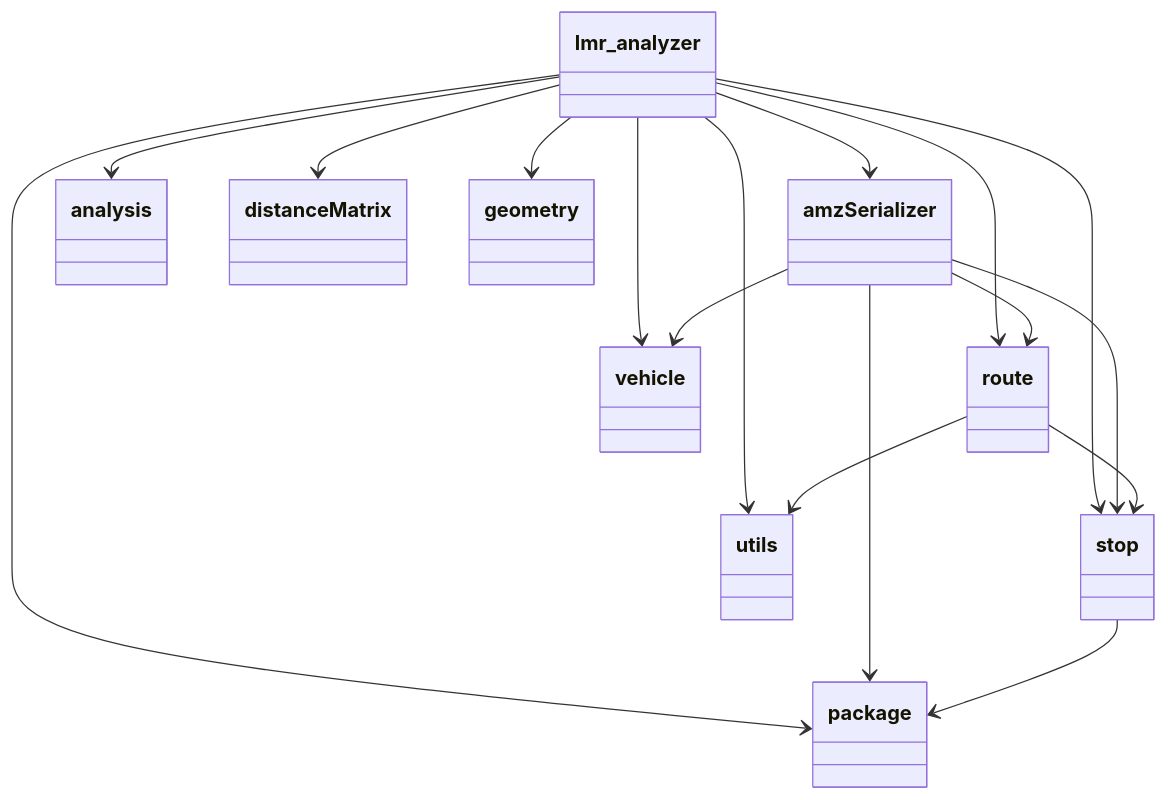
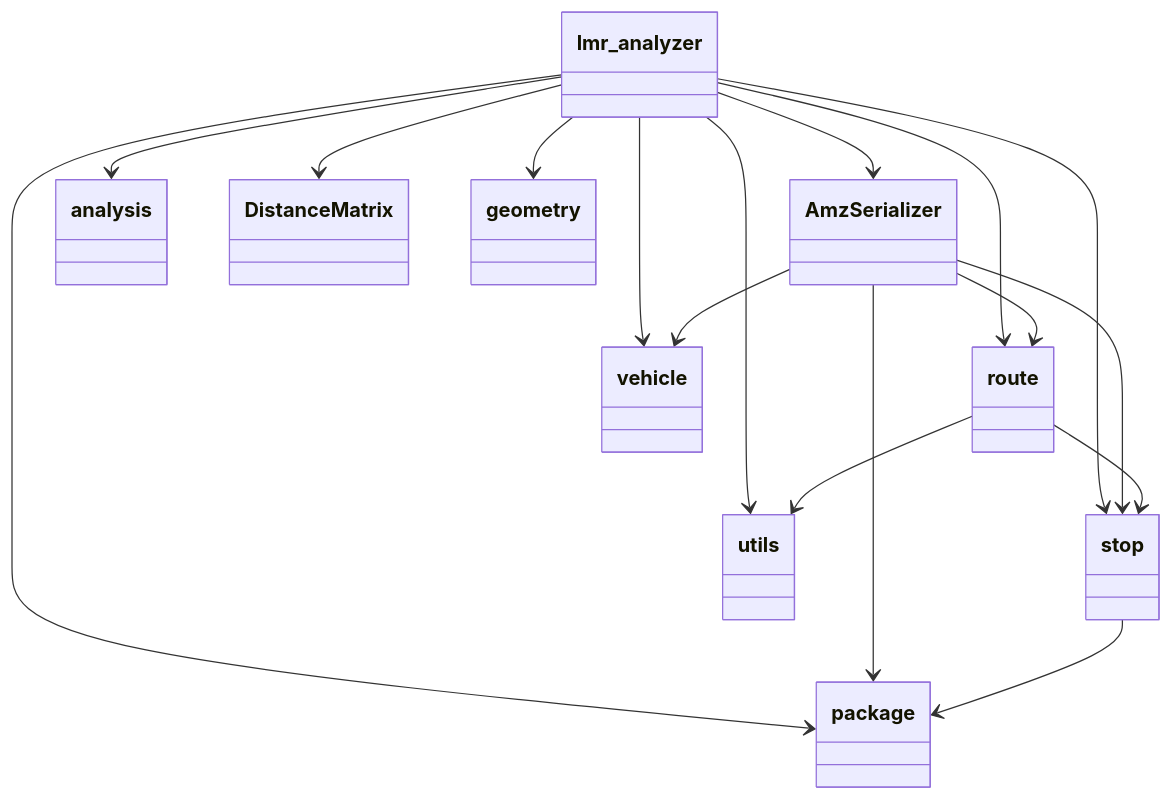
One commit to Gui-FernandesBR/Last-Mile-Routing-Analyzer changed the diagram in README.md. Above: the diagram before and after it, drawn with Mermaid. The commit also changed other lines of this file and 17 other files, not shown here.

````diff
--- a/README.md
+++ b/README.md
@@ -117,41 +115,41 @@
 ```mermaid
 
 classDiagram
     class lmr_analyzer {
     }
-    class amzSerializer {
+    class AmzSerializer {
     }
     class analysis {
     }
-    class distanceMatrix {
+    class DistanceMatrix {
     }
     class geometry {
     }
     class package {
     }
     class route {
     }
     class stop {
     }
     class utils {
     }
     class vehicle {
     }
-    lmr_analyzer --> amzSerializer
+    lmr_analyzer --> AmzSerializer
     lmr_analyzer --> analysis
-    lmr_analyzer --> distanceMatrix
+    lmr_analyzer --> DistanceMatrix
     lmr_analyzer --> geometry
     lmr_analyzer --> package
     lmr_analyzer --> route
     lmr_analyzer --> stop
     lmr_analyzer --> utils
     lmr_analyzer --> vehicle
-    amzSerializer --> package
-    amzSerializer --> route
-    amzSerializer --> stop
-    amzSerializer --> vehicle
+    AmzSerializer --> package
+    AmzSerializer --> route
+    AmzSerializer --> stop
+    AmzSerializer --> vehicle
     route --> stop
     route --> utils
     stop --> package
 
 ```
````
